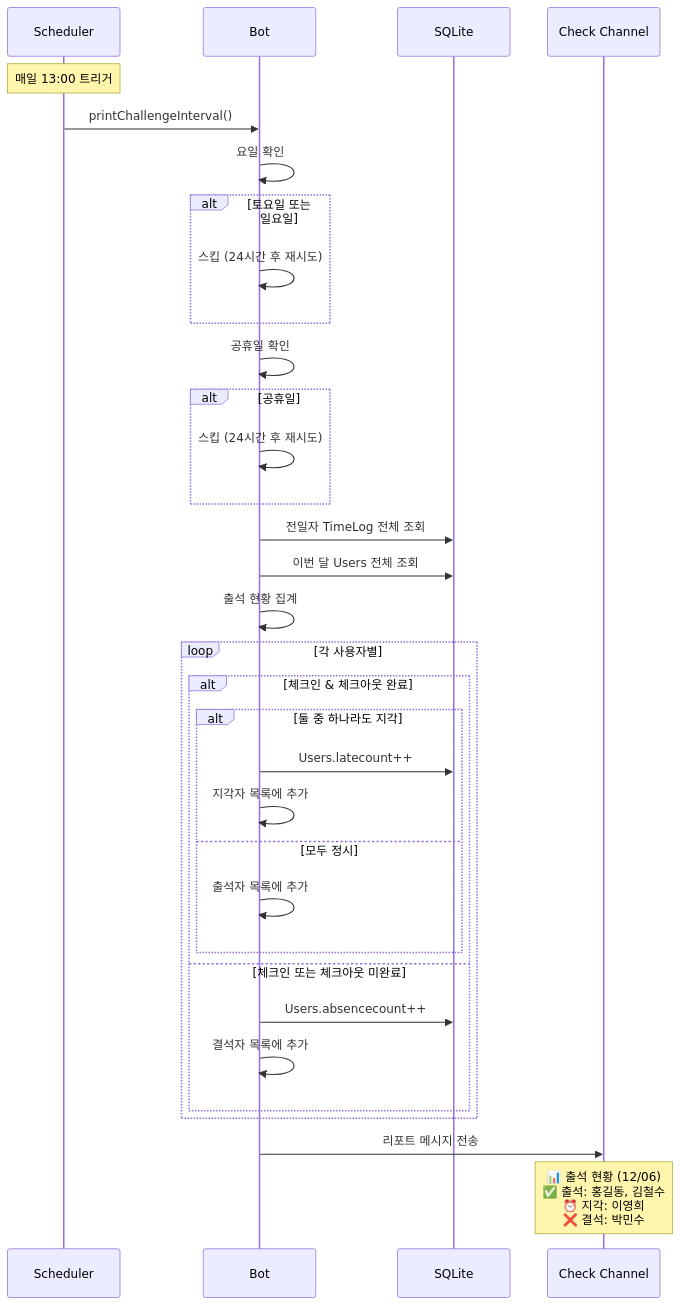
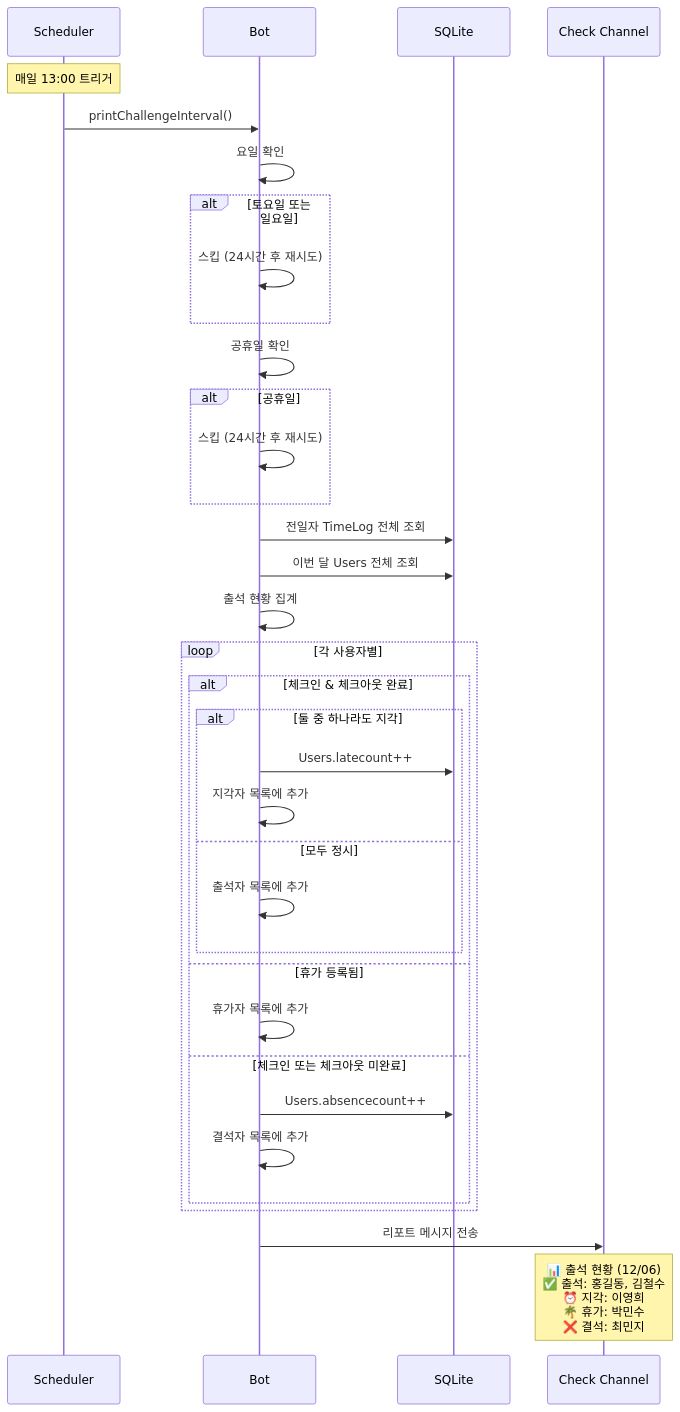
Before and after one commit to honki12345/haruharu-discord-bot: the fifth of 13 diagrams in docs/USER_STORIES.md, drawn with Mermaid. The commit also changed other lines of this file and 15 other files, not shown here.

````diff
--- a/docs/USER_STORIES.md
+++ b/docs/USER_STORIES.md
@@ -231,42 +237,44 @@
 ```mermaid
 sequenceDiagram
     participant S as Scheduler
     participant B as Bot
     participant DB as SQLite
     participant C as Check Channel
 
     Note over S: 매일 13:00 트리거
     S->>B: printChallengeInterval()
 
     B->>B: 요일 확인
     alt 토요일 또는 일요일
         B->>B: 스킵 (24시간 후 재시도)
     end
 
     B->>B: 공휴일 확인
     alt 공휴일
         B->>B: 스킵 (24시간 후 재시도)
     end
 
     B->>DB: 전일자 TimeLog 전체 조회
     B->>DB: 이번 달 Users 전체 조회
 
     B->>B: 출석 현황 집계
 
     loop 각 사용자별
         alt 체크인 & 체크아웃 완료
             alt 둘 중 하나라도 지각
                 B->>DB: Users.latecount++
                 B->>B: 지각자 목록에 추가
             else 모두 정시
                 B->>B: 출석자 목록에 추가
             end
+        else 휴가 등록됨
+            B->>B: 휴가자 목록에 추가
         else 체크인 또는 체크아웃 미완료
             B->>DB: Users.absencecount++
             B->>B: 결석자 목록에 추가
         end
     end
 
     B->>C: 리포트 메시지 전송
-    Note over C: 📊 출석 현황 (12/06)<br/>✅ 출석: 홍길동, 김철수<br/>⏰ 지각: 이영희<br/>❌ 결석: 박민수
+    Note over C: 📊 출석 현황 (12/06)<br/>✅ 출석: 홍길동, 김철수<br/>⏰ 지각: 이영희<br/>🌴 휴가: 박민수<br/>❌ 결석: 최민지
 ```
````
